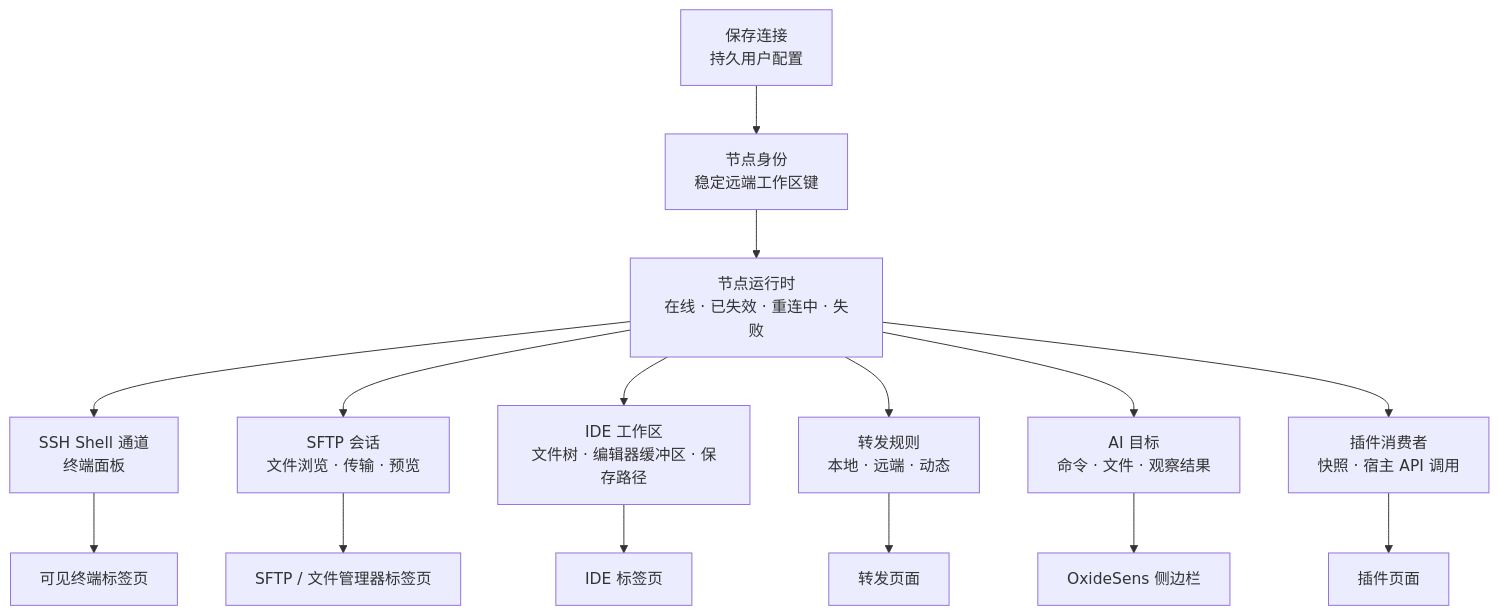
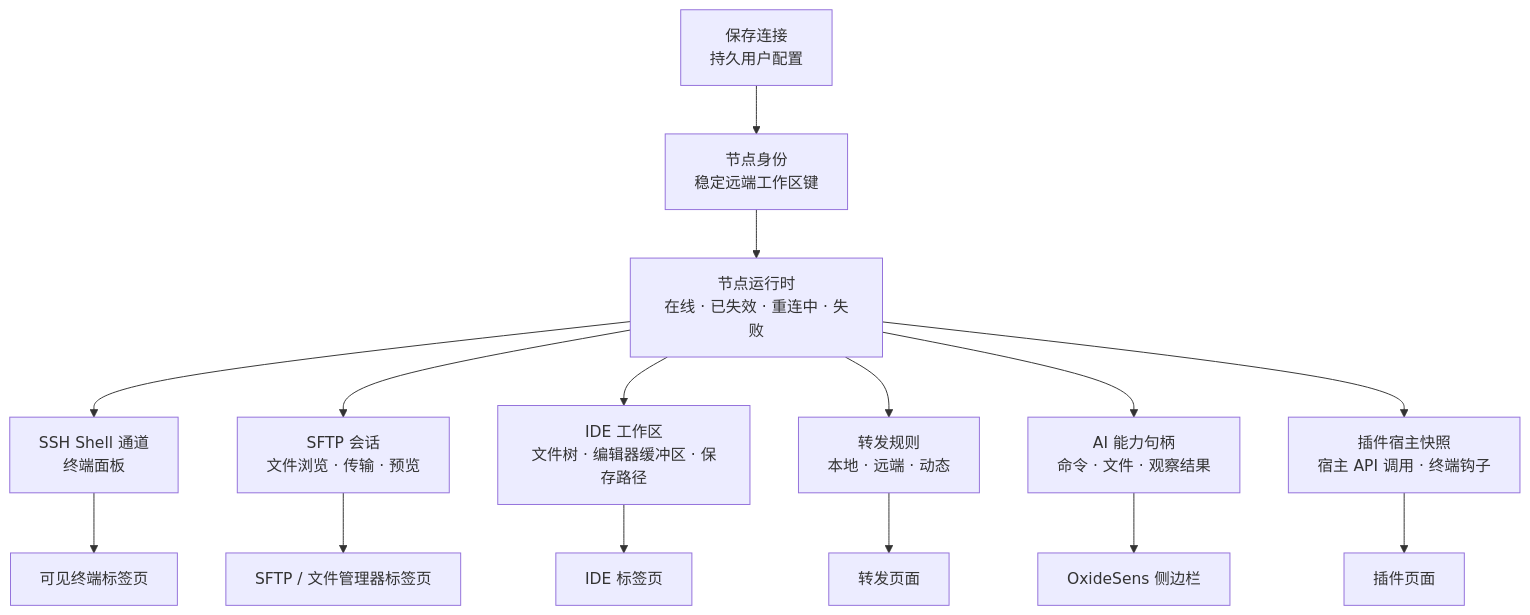
Before and after one commit to AnalyseDeCircuit/oxideterm: the fifth of 15 diagrams in docs/user-guide/zh-Hans/architecture.md, drawn with Mermaid. The commit also changed other lines of this file and 29 other files, not shown here.

First line of the commit message:
docs: sync feature and architecture docs across locales

````diff
--- a/docs/user-guide/zh-Hans/architecture.md
+++ b/docs/user-guide/zh-Hans/architecture.md
@@ -460,19 +463,19 @@
 ```mermaid
 flowchart TB
     Saved["保存连接<br/>持久用户配置"] --> NodeId["节点身份<br/>稳定远端工作区键"]
     NodeId --> NodeRuntime["节点运行时<br/>在线 · 已失效 · 重连中 · 失败"]
 
     NodeRuntime --> Shell["SSH Shell 通道<br/>终端面板"]
     NodeRuntime --> Sftp["SFTP 会话<br/>文件浏览 · 传输 · 预览"]
     NodeRuntime --> Ide["IDE 工作区<br/>文件树 · 编辑器缓冲区 · 保存路径"]
     NodeRuntime --> Forward["转发规则<br/>本地 · 远端 · 动态"]
-    NodeRuntime --> AiTarget["AI 目标<br/>命令 · 文件 · 观察结果"]
-    NodeRuntime --> PluginConsumers["插件消费者<br/>快照 · 宿主 API 调用"]
+    NodeRuntime --> AiTarget["AI 能力句柄<br/>命令 · 文件 · 观察结果"]
+    NodeRuntime --> PluginConsumers["插件宿主快照<br/>宿主 API 调用 · 终端钩子"]
 
     Shell --> TerminalTabs["可见终端标签页"]
     Sftp --> SftpTabs["SFTP / 文件管理器标签页"]
     Ide --> IdeTabs["IDE 标签页"]
     Forward --> ForwardSurface["转发页面"]
     AiTarget --> AiSidebar["OxideSens 侧边栏"]
     PluginConsumers --> PluginSurfaces["插件页面"]
 ```
````
